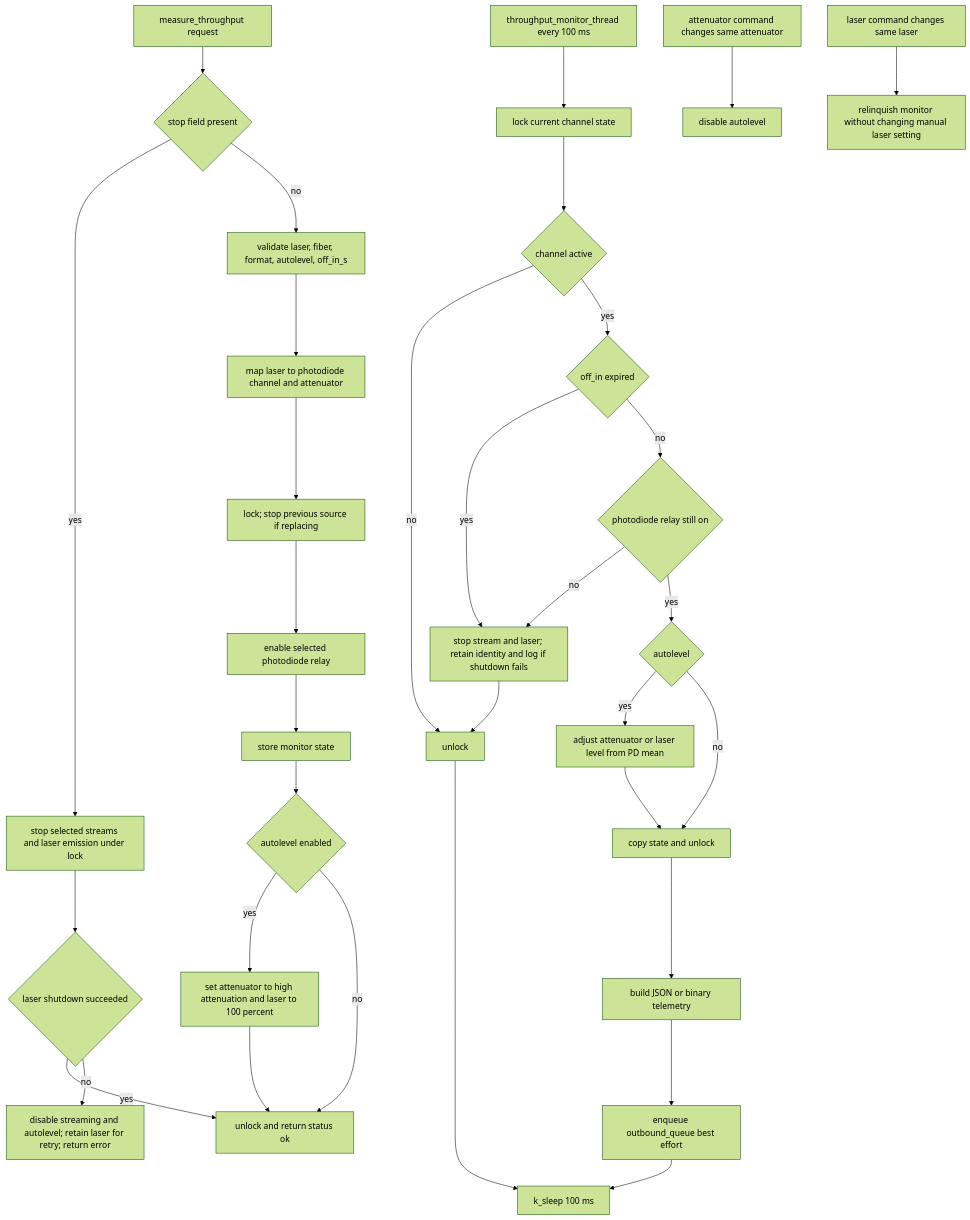
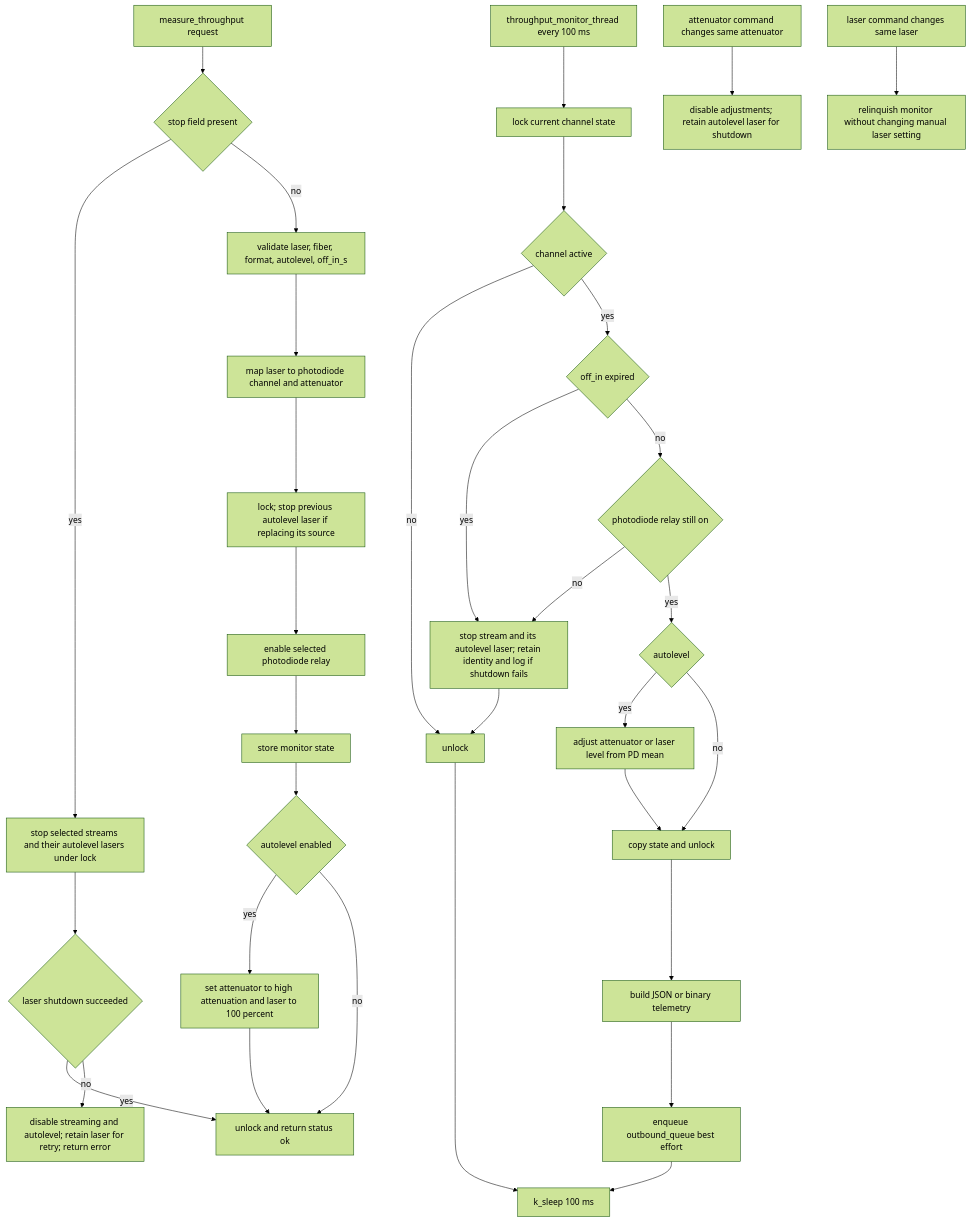
One commit to COO-Utilities/hispec-tib changed diagram 11 of 22 in doc/diagrams.md. Above: the diagram before and after it, drawn with Mermaid (forest theme). The commit also changed 7 other files, not shown here.

Commit message:
Limit throughput shutdown to the autolevel operation's laser

````diff
--- a/doc/diagrams.md
+++ b/doc/diagrams.md
@@ -235,37 +235,37 @@
 ```mermaid
 flowchart TD
   Command[measure_throughput request] --> Stop{stop field present}
-  Stop -- yes --> StopReq[stop selected streams and laser emission under lock]
+  Stop -- yes --> StopReq[stop selected streams and their autolevel lasers under lock]
   Stop -- no --> Validate[validate laser, fiber, format, autolevel, off_in_s]
   Validate --> Map[map laser to photodiode channel and attenuator]
-  Map --> StartLock[lock; stop previous source if replacing]
+  Map --> StartLock[lock; stop previous autolevel laser if replacing its source]
   StartLock --> PdPower[enable selected photodiode relay]
   PdPower --> Arm[store monitor state]
   Arm --> AutoStart{autolevel enabled}
   AutoStart -- yes --> Seed[set attenuator to high attenuation and laser to 100 percent]
   AutoStart -- no --> Ok[unlock and return status ok]
   Seed --> Ok
   StopReq --> Stopped{laser shutdown succeeded}
   Stopped -- yes --> Ok
   Stopped -- no --> StopError[disable streaming and autolevel; retain laser for retry; return error]
 
   Thread[throughput_monitor_thread every 100 ms] --> Lock[lock current channel state]
   Lock --> Active{channel active}
   Active -- no --> Unlock[unlock]
   Active -- yes --> Timeout{off_in expired}
-  Timeout -- yes --> Clear[stop stream and laser; retain identity and log if shutdown fails]
+  Timeout -- yes --> Clear[stop stream and its autolevel laser; retain identity and log if shutdown fails]
   Timeout -- no --> PdOn{photodiode relay still on}
   PdOn -- no --> Clear
   PdOn -- yes --> Auto{autolevel}
   Auto -- yes --> Adjust[adjust attenuator or laser level from PD mean]
   Auto -- no --> Sync
   Adjust --> Sync[copy state and unlock]
   Sync --> Publish[build JSON or binary telemetry]
   Publish --> OutQ[enqueue outbound_queue best effort]
   OutQ --> Sleep[k_sleep 100 ms]
   Clear --> Unlock
   Unlock --> Sleep
 
-  AttenChange[attenuator command changes same attenuator] --> DisableAuto[disable autolevel]
+  AttenChange[attenuator command changes same attenuator] --> DisableAuto[disable adjustments; retain autolevel laser for shutdown]
   LaserChange[laser command changes same laser] --> StopMonitor[relinquish monitor without changing manual laser setting]
 ```
````
